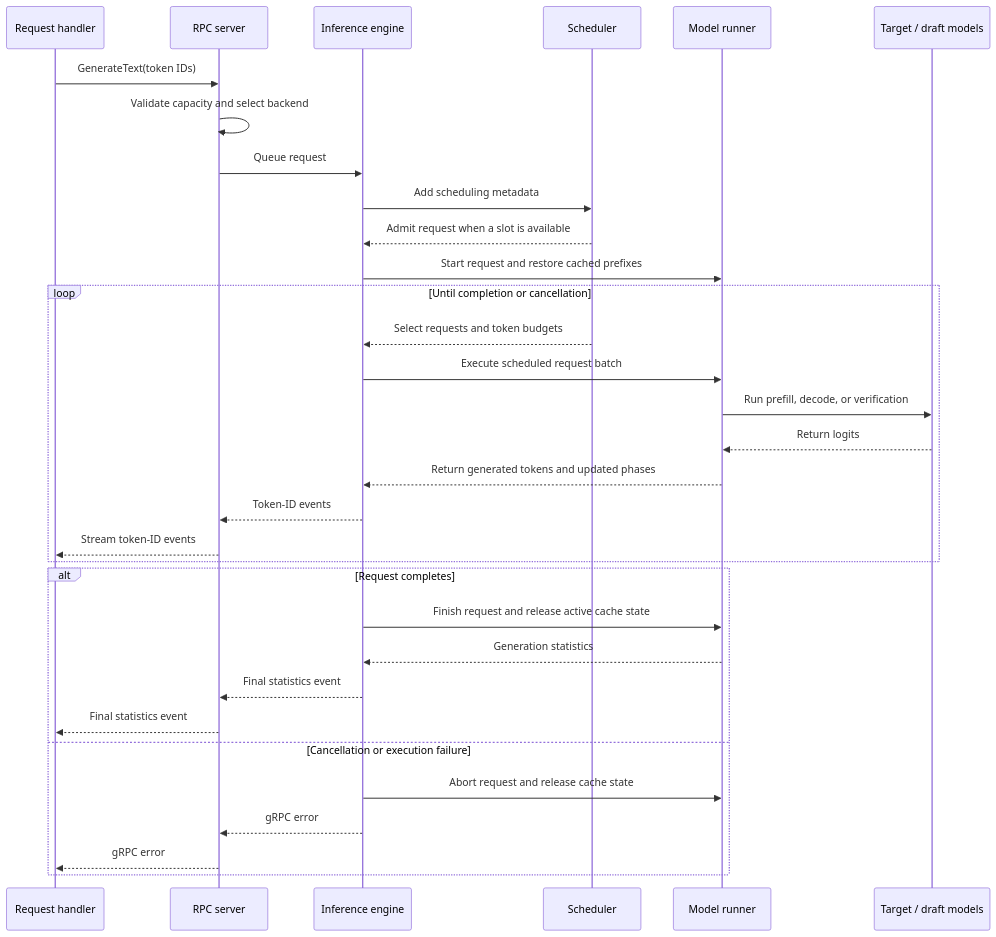
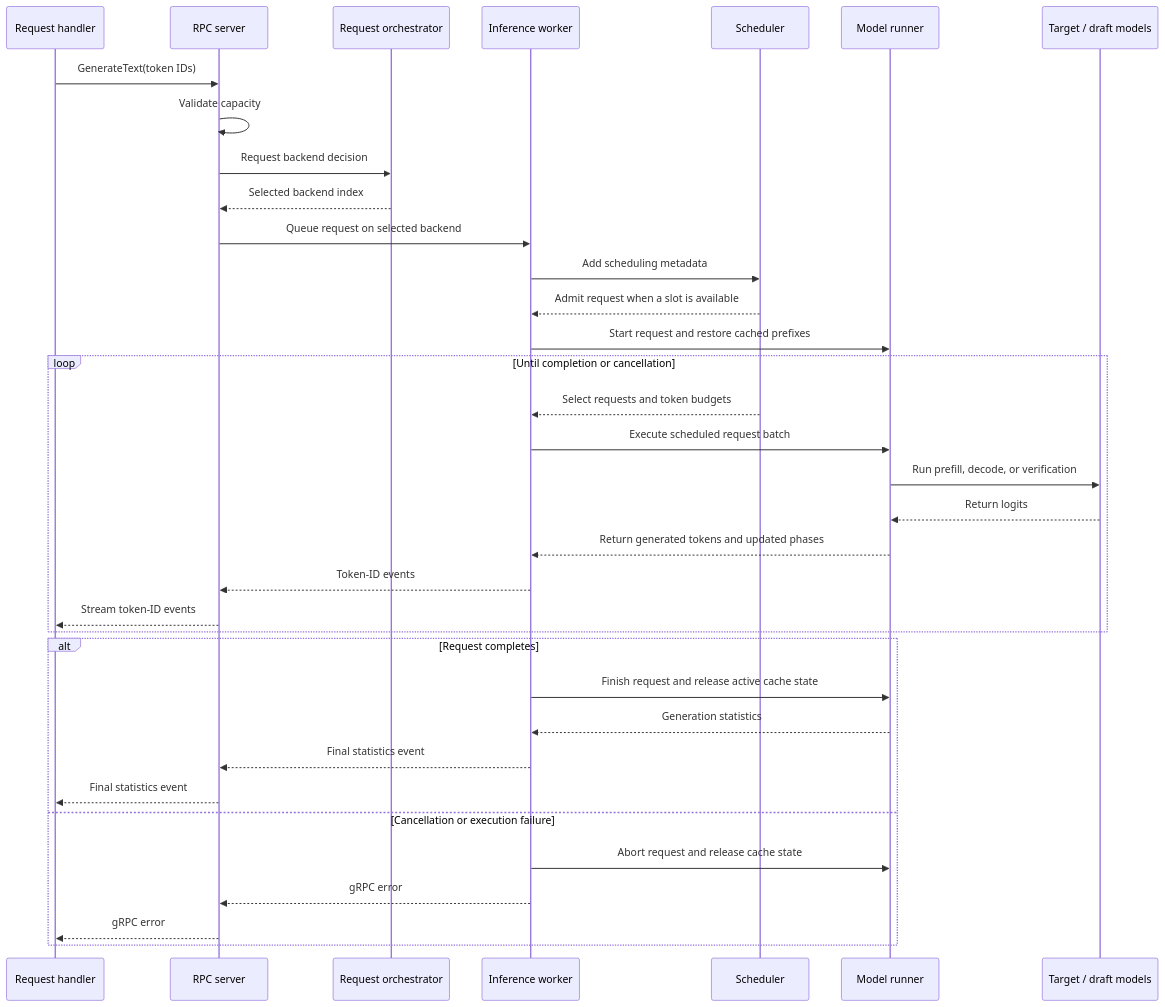
One commit to lun0522/mini-vllm-rs changed the second of 2 diagrams in src/model_runner/README.md. Above: the diagram before and after it, drawn with Mermaid. The commit also changed other lines of this file and 14 other files, not shown here.

````diff
--- a/src/model_runner/README.md
+++ b/src/model_runner/README.md
@@ -51,35 +59,38 @@
 ```mermaid
 sequenceDiagram
     participant Handler as Request handler
     participant Rpc as RPC server
-    participant Engine as Inference engine
+    participant Orchestrator as Request orchestrator
+    participant Worker as Inference worker
     participant Scheduler
     participant Runner as Model runner
     participant Models as Target / draft models
 
     Handler->>Rpc: GenerateText(token IDs)
-    Rpc->>Rpc: Validate capacity and select backend
-    Rpc->>Engine: Queue request
-    Engine->>Scheduler: Add scheduling metadata
-    Scheduler-->>Engine: Admit request when a slot is available
-    Engine->>Runner: Start request and restore cached prefixes
+    Rpc->>Rpc: Validate capacity
+    Rpc->>Orchestrator: Request backend decision
+    Orchestrator-->>Rpc: Selected backend index
+    Rpc->>Worker: Queue request on selected backend
+    Worker->>Scheduler: Add scheduling metadata
+    Scheduler-->>Worker: Admit request when a slot is available
+    Worker->>Runner: Start request and restore cached prefixes
     loop Until completion or cancellation
-        Scheduler-->>Engine: Select requests and token budgets
-        Engine->>Runner: Execute scheduled request batch
+        Scheduler-->>Worker: Select requests and token budgets
+        Worker->>Runner: Execute scheduled request batch
         Runner->>Models: Run prefill, decode, or verification
         Models-->>Runner: Return logits
-        Runner-->>Engine: Return generated tokens and updated phases
-        Engine-->>Rpc: Token-ID events
+        Runner-->>Worker: Return generated tokens and updated phases
+        Worker-->>Rpc: Token-ID events
         Rpc-->>Handler: Stream token-ID events
     end
     alt Request completes
-        Engine->>Runner: Finish request and release active cache state
-        Runner-->>Engine: Generation statistics
-        Engine-->>Rpc: Final statistics event
+        Worker->>Runner: Finish request and release active cache state
+        Runner-->>Worker: Generation statistics
+        Worker-->>Rpc: Final statistics event
         Rpc-->>Handler: Final statistics event
     else Cancellation or execution failure
-        Engine->>Runner: Abort request and release cache state
-        Engine-->>Rpc: gRPC error
+        Worker->>Runner: Abort request and release cache state
+        Worker-->>Rpc: gRPC error
         Rpc-->>Handler: gRPC error
     end
 ```
````
